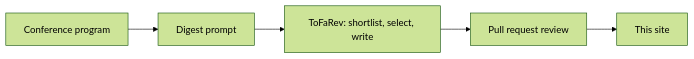
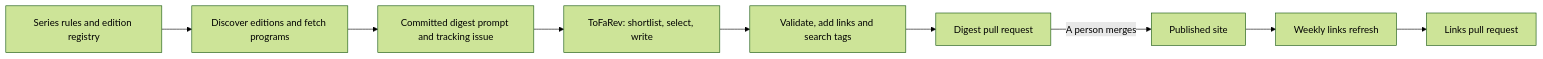
Before and after one commit to hellt/conference-digest: the diagram in docs/how-it-works.md, drawn with Mermaid (forest theme). The commit also changed other lines of this file and 4 other files, not shown here.

````diff
--- a/docs/how-it-works.md
+++ b/docs/how-it-works.md
@@ -11,7 +21,11 @@
 ```mermaid
 flowchart LR
-  F["Conference program"] --> P["Digest prompt"]
+  S["Series rules and edition registry"] --> D["Discover editions and fetch programs"]
+  D --> P["Committed digest prompt and tracking issue"]
   P --> T["ToFaRev: shortlist, select, write"]
-  T --> R["Pull request review"]
-  R --> W["This site"]
+  T --> C["Validate, add links and search tags"]
+  C --> R["Digest pull request"]
+  R -->|A person merges| W["Published site"]
+  W --> L["Weekly links refresh"]
+  L --> Q["Links pull request"]
 ```
````
